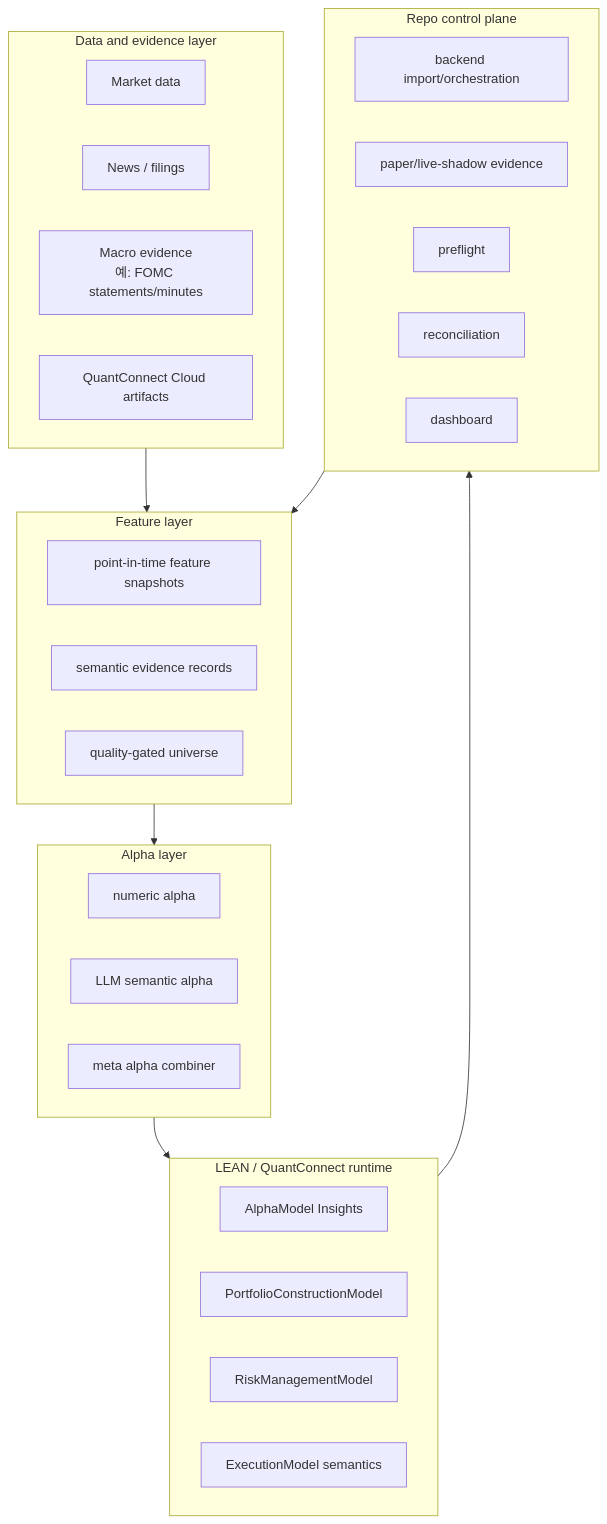
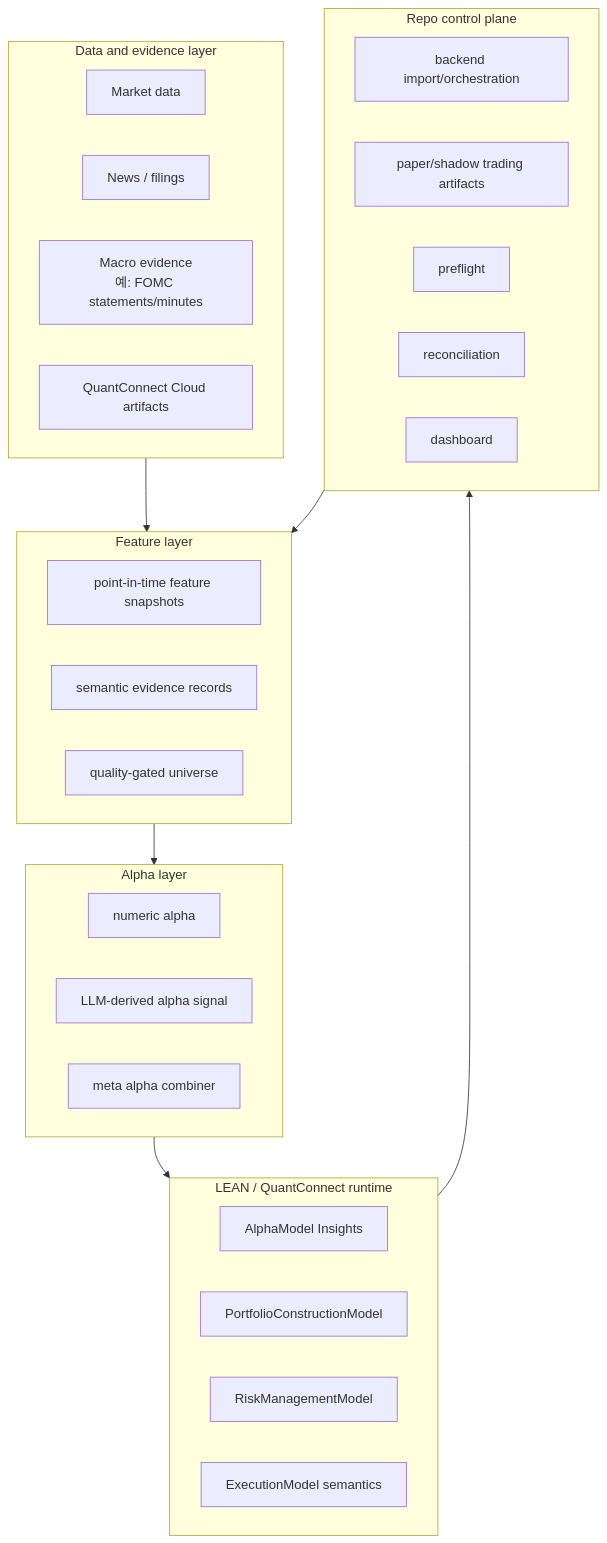
One commit to gigio1023/lincei-quant-research-engine changed the third of 10 diagrams in result.md. Above: the diagram before and after it, drawn with Mermaid. The commit also changed other lines of this file and 83 other files, not shown here.

````diff
--- a/result.md
+++ b/result.md
@@ -124,42 +124,42 @@
 ```mermaid
 flowchart TB
     subgraph DATA["Data and evidence layer"]
         D1["Market data"]
         D2["News / filings"]
         D3["Macro evidence<br/>예: FOMC statements/minutes"]
         D4["QuantConnect Cloud artifacts"]
     end
 
     subgraph FEATURES["Feature layer"]
         F1["point-in-time feature snapshots"]
         F2["semantic evidence records"]
         F3["quality-gated universe"]
     end
 
     subgraph ALPHA["Alpha layer"]
         A1["numeric alpha"]
-        A2["LLM semantic alpha"]
+        A2["LLM-derived alpha signal"]
         A3["meta alpha combiner"]
     end
 
     subgraph LEAN["LEAN / QuantConnect runtime"]
         L1["AlphaModel Insights"]
         L2["PortfolioConstructionModel"]
         L3["RiskManagementModel"]
         L4["ExecutionModel semantics"]
     end
 
     subgraph CONTROL["Repo control plane"]
         C1["backend import/orchestration"]
-        C2["paper/live-shadow evidence"]
+        C2["paper/shadow trading artifacts"]
         C3["preflight"]
         C4["reconciliation"]
         C5["dashboard"]
     end
 
     DATA --> FEATURES
     FEATURES --> ALPHA
     ALPHA --> LEAN
     LEAN --> CONTROL
     CONTROL --> FEATURES
 ```
````
